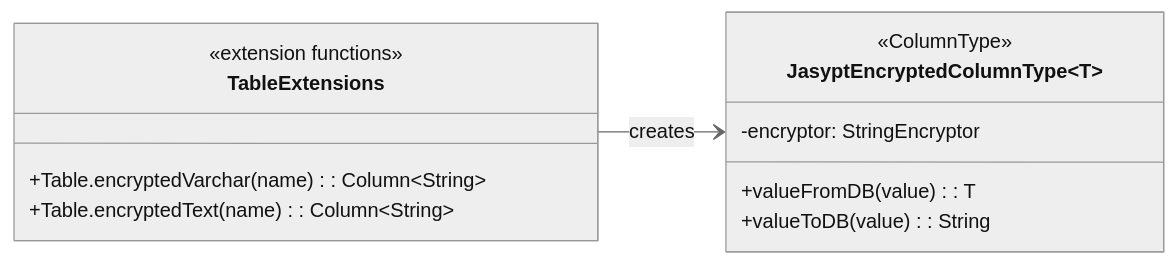
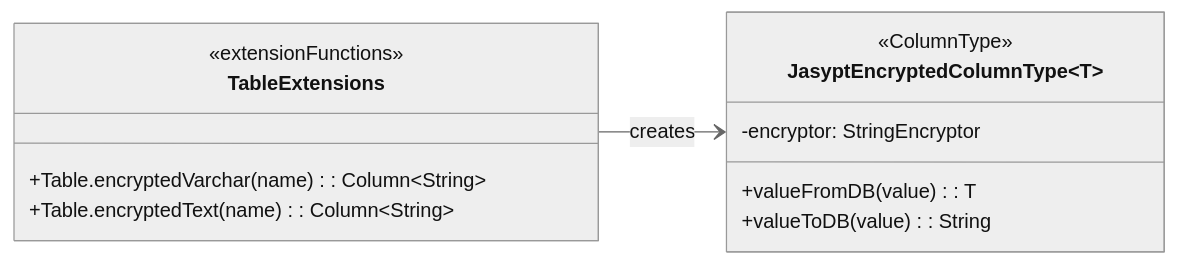
Before and after one commit to bluetape4k/bluetape4k-projects: the first of 4 diagrams in data/exposed-jasypt/README.md, drawn with Mermaid (neutral theme). The commit also changed other lines of this file and 95 other files, not shown here.

First line of the commit message:
docs: Mermaid 파서 오류 전체 수정 (IntelliJ IDEA 호환)

````diff
--- a/data/exposed-jasypt/README.md
+++ b/data/exposed-jasypt/README.md
@@ -84,21 +84,17 @@
 ```mermaid
 classDiagram
     direction LR
     class JasyptEncryptedColumnType~T~ {
         <<ColumnType>>
         -encryptor: StringEncryptor
         +valueFromDB(value): T
         +valueToDB(value): String
     }
     class TableExtensions {
-        <<extension functions>>
+        <<extensionFunctions>>
         +Table.encryptedVarchar(name): Column~String~
         +Table.encryptedText(name): Column~String~
     }
     TableExtensions --> JasyptEncryptedColumnType : creates
 
-    classDef tableStyle fill:#9C27B0
-    classDef serviceStyle fill:#4CAF50
-    class JasyptEncryptedColumnType:::tableStyle
-    class TableExtensions:::serviceStyle
 ```
````
